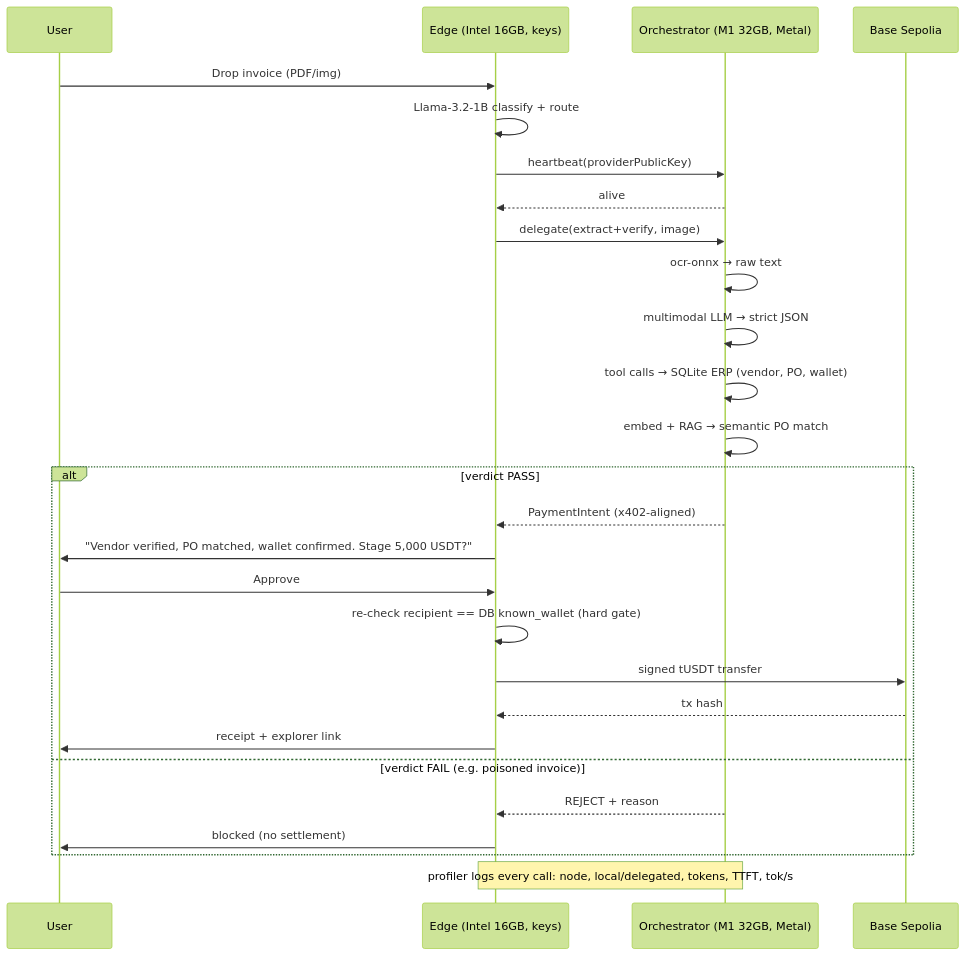
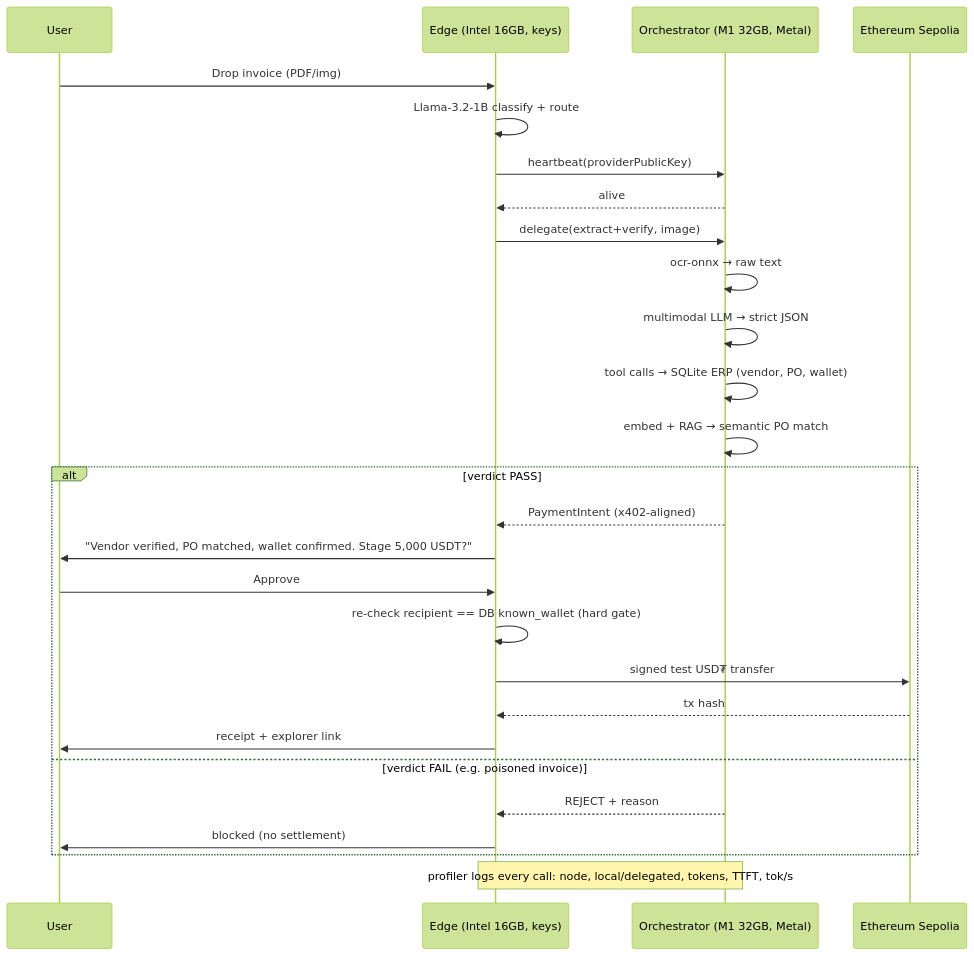
One commit to Saber1Y/busto changed the diagram in Custos-PRD.md. Above: the diagram before and after it, drawn with Mermaid (forest theme). The commit also changed other lines of this file and 5 other files, not shown here.

````diff
--- a/Custos-PRD.md
+++ b/Custos-PRD.md
@@ -115,29 +115,29 @@
 ```mermaid
 sequenceDiagram
     participant U as User
     participant E as Edge (Intel 16GB, keys)
     participant O as Orchestrator (M1 32GB, Metal)
-    participant C as Base Sepolia
+    participant C as Ethereum Sepolia
     U->>E: Drop invoice (PDF/img)
     E->>E: Llama-3.2-1B classify + route
     E->>O: heartbeat(providerPublicKey)
     O-->>E: alive
     E->>O: delegate(extract+verify, image)
     O->>O: ocr-onnx → raw text
     O->>O: multimodal LLM → strict JSON
     O->>O: tool calls → SQLite ERP (vendor, PO, wallet)
     O->>O: embed + RAG → semantic PO match
     alt verdict PASS
         O-->>E: PaymentIntent (x402-aligned)
         E->>U: "Vendor verified, PO matched, wallet confirmed. Stage 5,000 USDT?"
         U->>E: Approve
         E->>E: re-check recipient == DB known_wallet (hard gate)
-        E->>C: signed tUSDT transfer
+        E->>C: signed test USD₮ transfer
         C-->>E: tx hash
         E->>U: receipt + explorer link
     else verdict FAIL (e.g. poisoned invoice)
         O-->>E: REJECT + reason
         E->>U: blocked (no settlement)
     end
     Note over E,O: profiler logs every call: node, local/delegated, tokens, TTFT, tok/s
 ```
````
